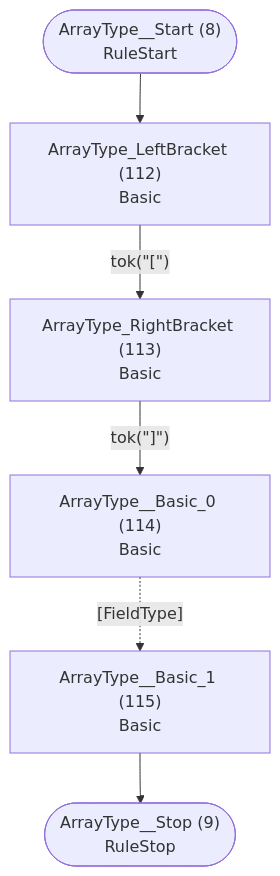
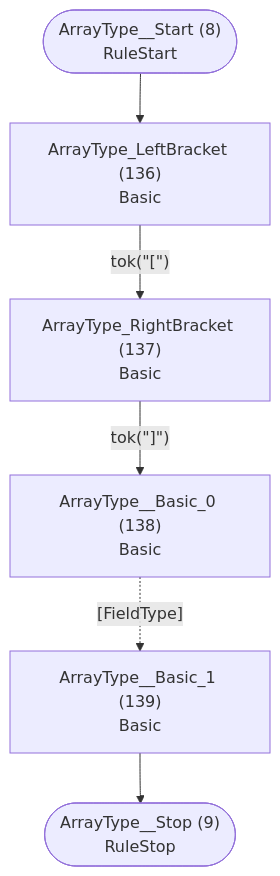
One commit to TypeFox/fastbelt changed the fifth of 40 diagrams in internal/grammar/atn.md. Above: the diagram before and after it, drawn with Mermaid. The commit also changed other lines of this file and 84 other files, not shown here.

````diff
--- a/internal/grammar/atn.md
+++ b/internal/grammar/atn.md
@@ -166,15 +171,15 @@
 ```mermaid
 flowchart TD
     q8(["ArrayType__Start (8)<br/>RuleStart"])
     q9(["ArrayType__Stop (9)<br/>RuleStop"])
-    q112["ArrayType_LeftBracket (112)<br/>Basic<br/>"]
-    q113["ArrayType_RightBracket (113)<br/>Basic<br/>"]
-    q114["ArrayType__Basic_0 (114)<br/>Basic<br/>"]
-    q115["ArrayType__Basic_1 (115)<br/>Basic<br/>"]
+    q136["ArrayType_LeftBracket (136)<br/>Basic<br/>"]
+    q137["ArrayType_RightBracket (137)<br/>Basic<br/>"]
+    q138["ArrayType__Basic_0 (138)<br/>Basic<br/>"]
+    q139["ArrayType__Basic_1 (139)<br/>Basic<br/>"]
 
-    q8 --> q112
-    q112 -->|"tok(&quot;[&quot;)"| q113
-    q113 -->|"tok(&quot;]&quot;)"| q114
-    q114 -.->|"[FieldType]"| q115
-    q115 --> q9
+    q8 --> q136
+    q136 -->|"tok(&quot;[&quot;)"| q137
+    q137 -->|"tok(&quot;]&quot;)"| q138
+    q138 -.->|"[FieldType]"| q139
+    q139 --> q9
 ```
````
